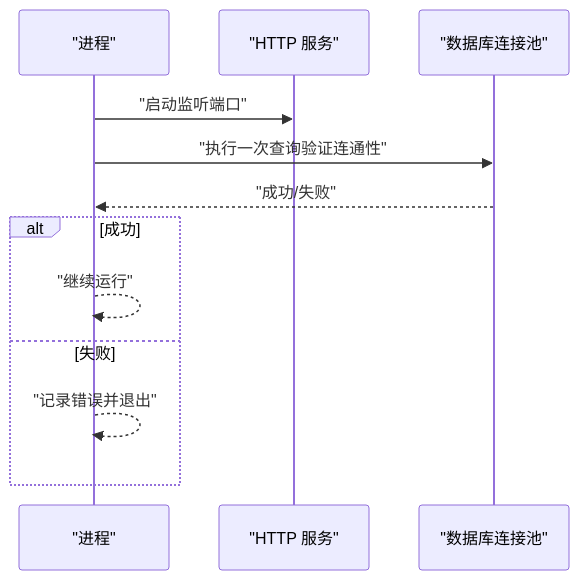
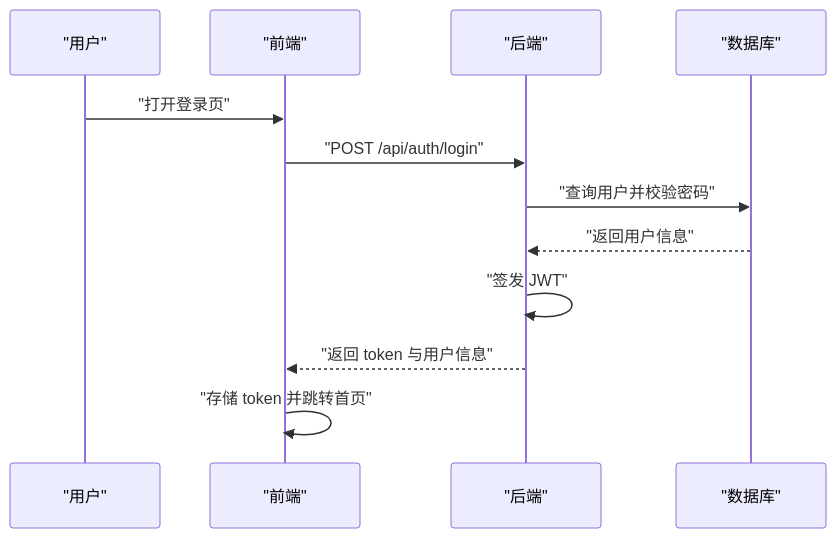
The third of 5 diagrams in .qoder/repowiki/zh/content/快速开始.md (Juny09/inventory_system), drawn with Mermaid before and after one commit. The commit also changed other lines of this file and 171 other files, not shown here.

````diff
--- a/.qoder/repowiki/zh/content/快速开始.md
+++ b/.qoder/repowiki/zh/content/快速开始.md
@@ -130,14 +193,14 @@
 ```mermaid
 sequenceDiagram
-participant Proc as "进程"
-participant Server as "HTTP 服务"
-participant DB as "数据库连接池"
-Proc->>Server : "启动监听端口"
-Proc->>DB : "执行一次查询验证连通性"
-DB-->>Proc : "成功/失败"
-alt 成功
-Proc-->>Proc : "继续运行"
-else 失败
-Proc-->>Proc : "记录错误并退出"
-end
+participant U as "用户"
+participant FE as "前端"
+participant API as "后端"
+participant DB as "数据库"
+U->>FE : "打开登录页"
+FE->>API : "POST /api/auth/login"
+API->>DB : "查询用户并校验密码"
+DB-->>API : "返回用户信息"
+API->>API : "签发 JWT"
+API-->>FE : "返回 token 与用户信息"
+FE->>FE : "存储 token 并跳转首页"
 ```
````
